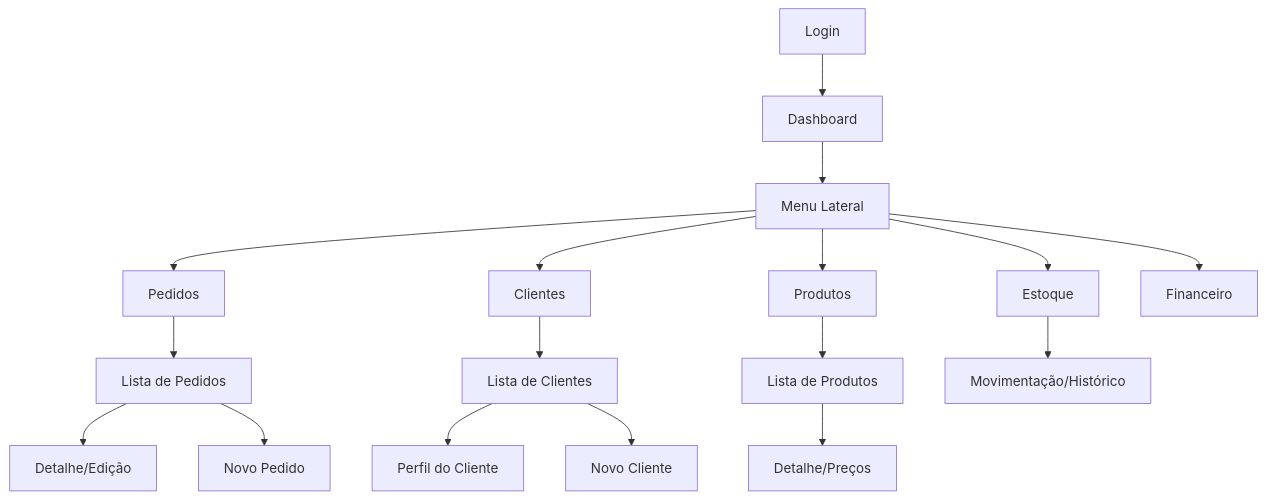
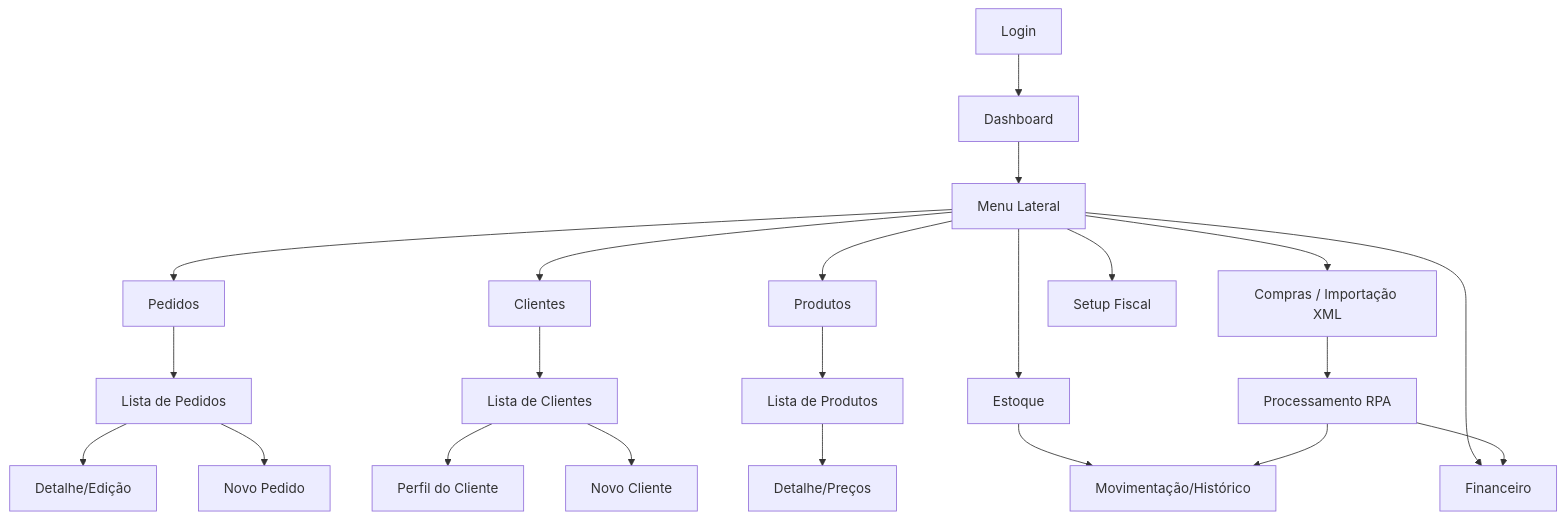
The diagram in docs/MAPA_DO_SISTEMA.md (larrat/sistema_comercial), drawn with Mermaid before and after one commit. The commit also changed other lines of this file and 2 other files, not shown here.

Commit message:
docs: documentar arquitetura ERP, motor tributário e integração RPA no status, README e mapa do sistema

````diff
--- a/docs/MAPA_DO_SISTEMA.md
+++ b/docs/MAPA_DO_SISTEMA.md
@@ -23,23 +24,29 @@
 ```mermaid
 graph TD
     A[Login] --> B[Dashboard]
     B --> C[Menu Lateral]
     C --> D[Pedidos]
     C --> E[Clientes]
     C --> F[Produtos]
     C --> G[Estoque]
     C --> H[Financeiro]
+    C --> I[Compras / Importação XML]
+    C --> J[Setup Fiscal]
 
     D --> D1[Lista de Pedidos]
     D1 --> D2[Detalhe/Edição]
     D1 --> D3[Novo Pedido]
 
     E --> E1[Lista de Clientes]
     E1 --> E2[Perfil do Cliente]
     E1 --> E3[Novo Cliente]
 
     F --> F1[Lista de Produtos]
     F1 --> F2[Detalhe/Preços]
 
     G --> G1[Movimentação/Histórico]
+    
+    I --> I1[Processamento RPA]
+    I1 --> G1
+    I1 --> H
 ```
````
